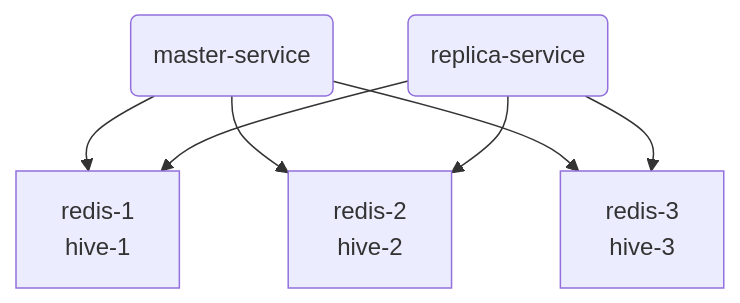
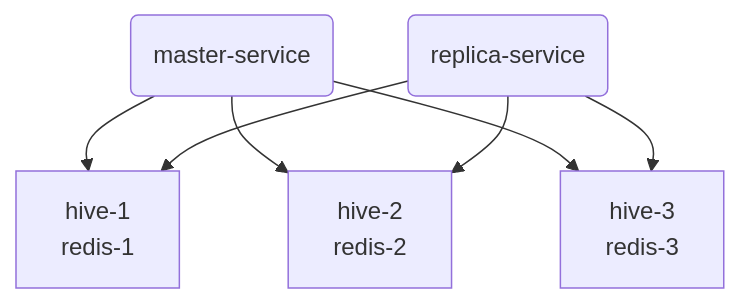
One commit to ryancalhoun/redis-hive changed the third of 4 diagrams in README.md. Above: the diagram before and after it, drawn with Mermaid. The commit also changed other lines of this file, not shown here.

````diff
--- a/README.md
+++ b/README.md
@@ -54,10 +54,10 @@
 ```mermaid
 graph TD;
-  p(master-service)-->h1[redis-1<br>hive-1];
-  p-->h2[redis-2<br>hive-2];
-  p-->h3[redis-3<br>hive-3];
+  p(master-service)-->h1[hive-1<br>redis-1];
+  p-->h2[hive-2<br>redis-2];
+  p-->h3[hive-3<br>redis-3];
 
   r(replica-service)-->h1;
   r-->h2;
   r-->h3;
 ```
````
